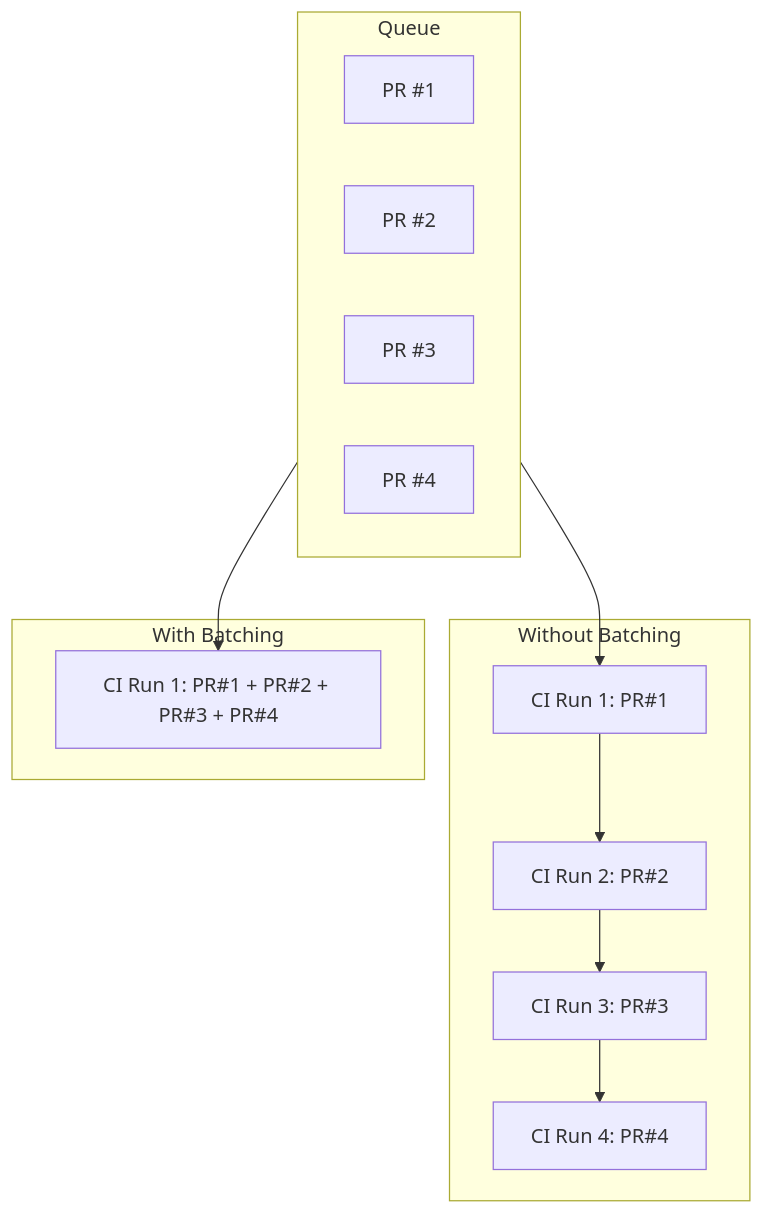
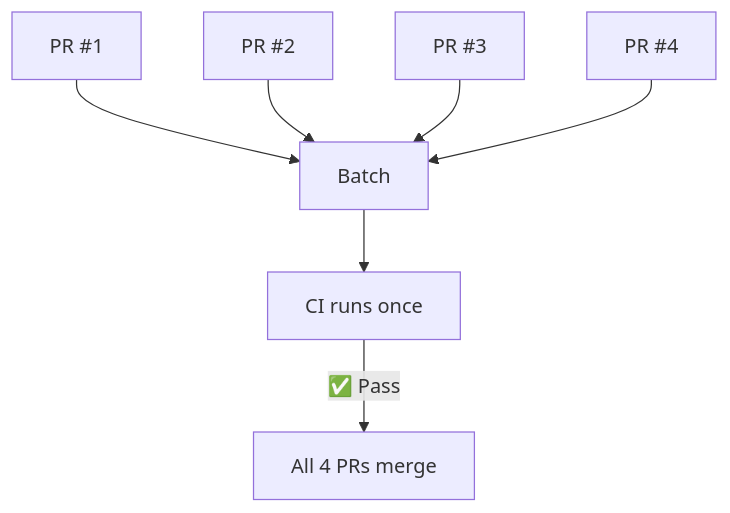
Before and after one commit to Mergifyio/merge-queue-academy: the diagram in src/content/docs/features/batching.md, drawn with Mermaid. The commit also changed other lines of this file, not shown here.

First line of the commit message:
Improve batching page accuracy and visuals

````diff
--- a/src/content/docs/features/batching.md
+++ b/src/content/docs/features/batching.md
@@ -10,22 +16,9 @@
 ```mermaid
 flowchart TD
-    subgraph Queue
-        PR1[PR #1]
-        PR2[PR #2]
-        PR3[PR #3]
-        PR4[PR #4]
-    end
-
-    subgraph "Without Batching"
-        S1[CI Run 1: PR#1] --> S2[CI Run 2: PR#2]
-        S2 --> S3[CI Run 3: PR#3]
-        S3 --> S4[CI Run 4: PR#4]
-    end
-
-    subgraph "With Batching"
-        B1[CI Run 1: PR#1 + PR#2 + PR#3 + PR#4]
-    end
-
-    Queue --> S1
-    Queue --> B1
+    PR1["PR #1"] --> Batch["Batch"]
+    PR2["PR #2"] --> Batch
+    PR3["PR #3"] --> Batch
+    PR4["PR #4"] --> Batch
+    Batch --> CI["CI runs once"]
+    CI --> |"✅ Pass"| Merge["All 4 PRs merge"]
 ```
````
